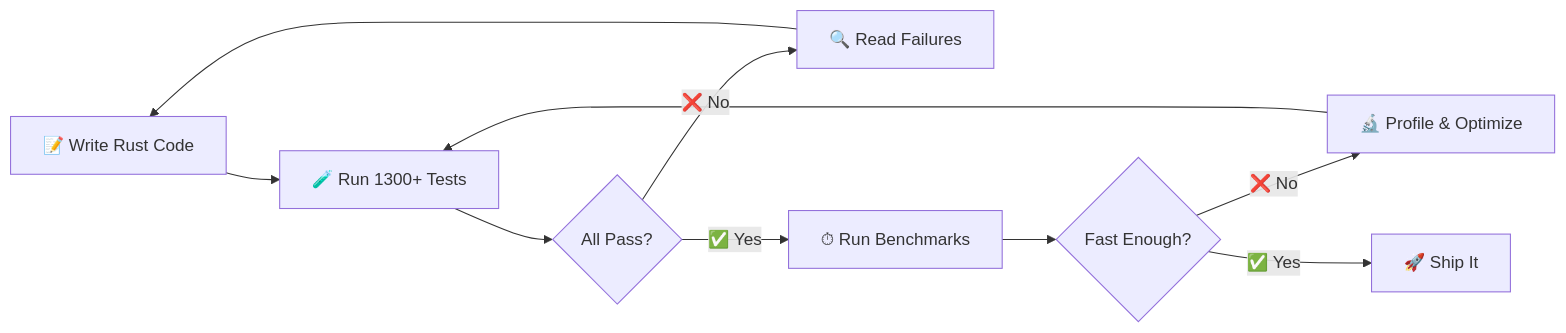
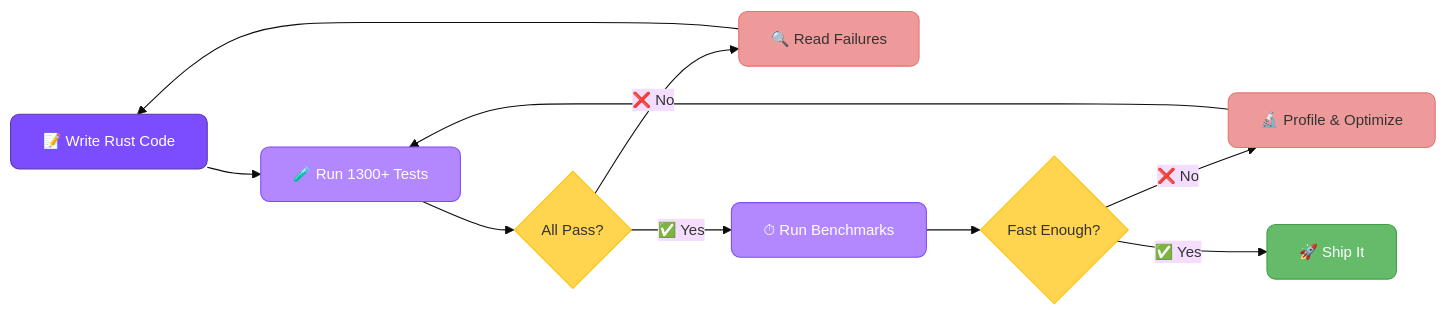
Before and after one commit to bmsuisse/httpxr: the first of 3 diagrams in docs/how-it-was-built.md, drawn with Mermaid. The commit also changed other lines of this file and 6 other files, not shown here.

First line of the commit message:
docs: add 'Why This Exists' context and restyle mermaid charts

````diff
--- a/docs/how-it-was-built.md
+++ b/docs/how-it-was-built.md
@@ -15,12 +23,19 @@
 ```mermaid
+%%{init: {'theme': 'base', 'themeVariables': {'fontSize': '14px', 'fontFamily': 'Inter, sans-serif'}}}%%
 flowchart LR
-    A["📝 Write Rust Code"] --> B["🧪 Run 1300+ Tests"]
-    B --> C{"All Pass?"}
-    C -->|"❌ No"| D["🔍 Read Failures"]
+    A["📝 Write Rust Code"]:::work --> B["🧪 Run 1300+ Tests"]:::test
+    B --> C{"All Pass?"}:::decision
+    C -->|"❌ No"| D["🔍 Read Failures"]:::fail
     D --> A
-    C -->|"✅ Yes"| E["⏱ Run Benchmarks"]
-    E --> F{"Fast Enough?"}
-    F -->|"❌ No"| G["🔬 Profile & Optimize"]
+    C -->|"✅ Yes"| E["⏱ Run Benchmarks"]:::test
+    E --> F{"Fast Enough?"}:::decision
+    F -->|"❌ No"| G["🔬 Profile & Optimize"]:::fail
     G --> B
-    F -->|"✅ Yes"| H["🚀 Ship It"]
+    F -->|"✅ Yes"| H["🚀 Ship It"]:::success
+
+    classDef work fill:#7C4DFF,stroke:#5E35B1,color:#fff,rx:8,ry:8
+    classDef test fill:#B388FF,stroke:#7C4DFF,color:#fff,rx:8,ry:8
+    classDef decision fill:#FFD54F,stroke:#FFC107,color:#333,rx:8,ry:8
+    classDef fail fill:#EF9A9A,stroke:#E57373,color:#333,rx:8,ry:8
+    classDef success fill:#66BB6A,stroke:#43A047,color:#fff,rx:8,ry:8
 ```
````
